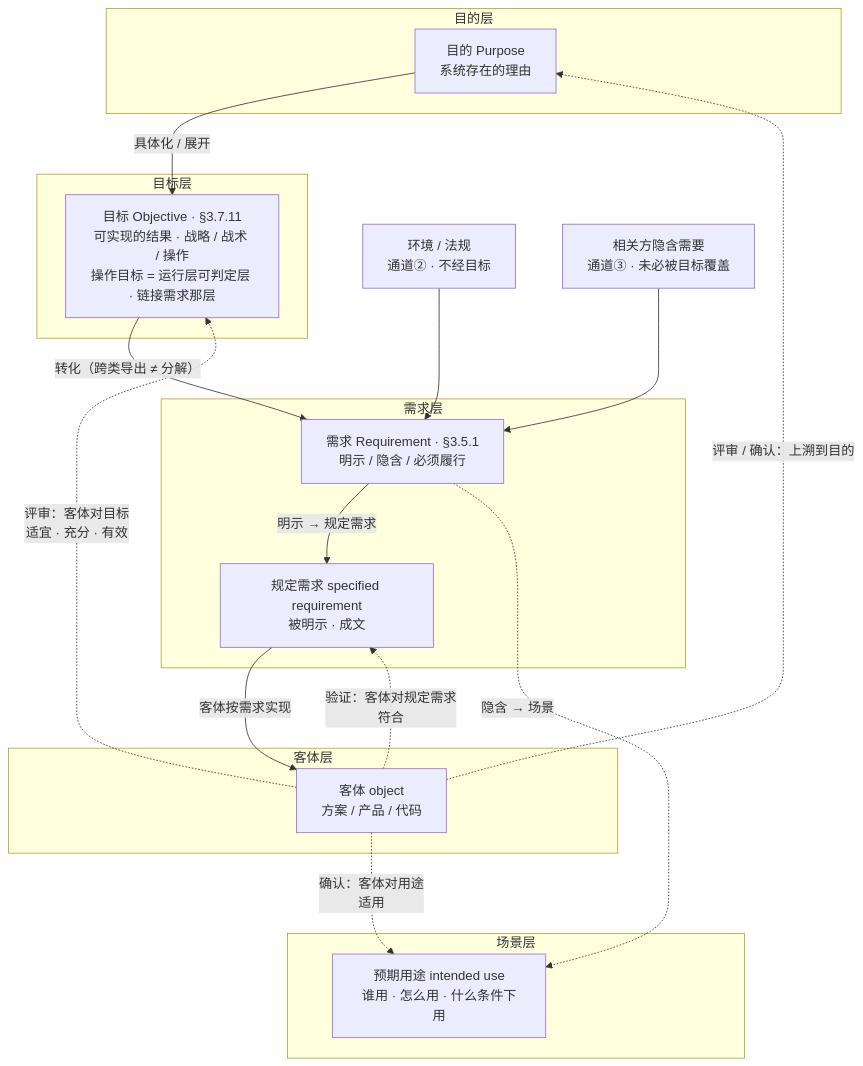
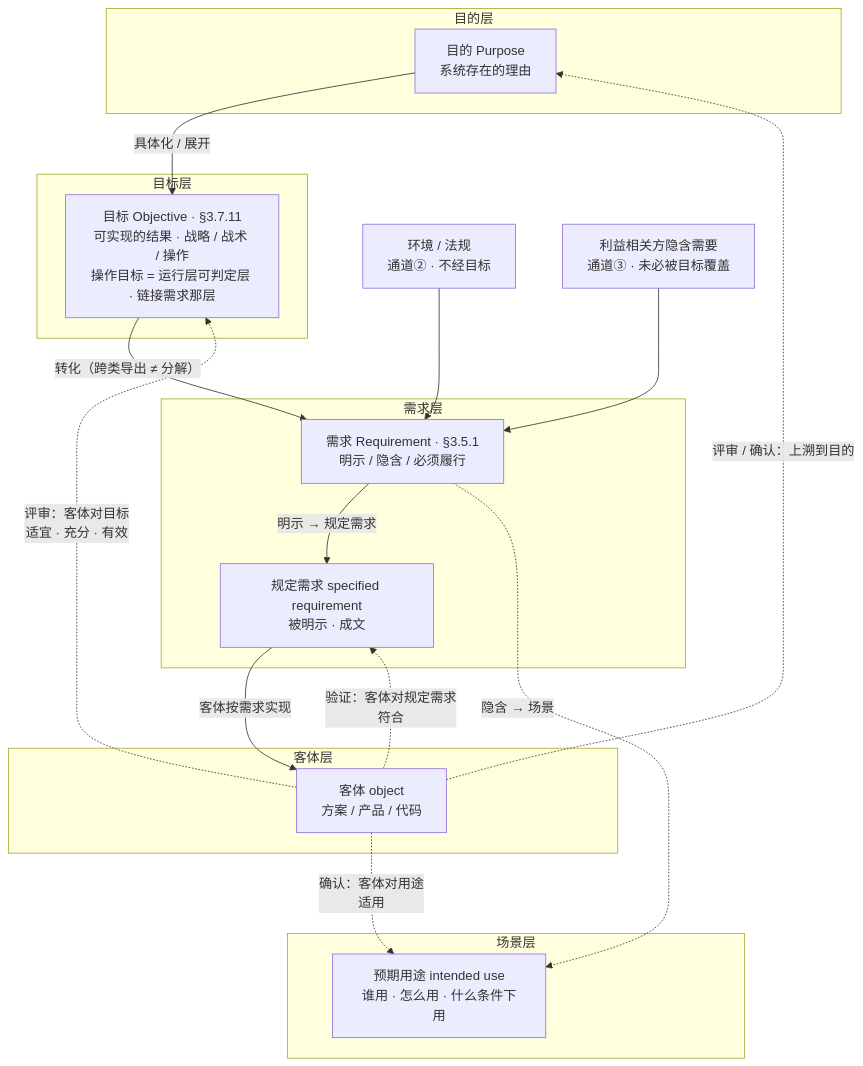
Before and after one commit to Yongjunzhou/AOS-system-design: the first of 4 diagrams in 100-subprojects/01-系统工程研究/03-架构师是个怎样的物种/08-第8章-评审验证与确认-三个看门人.md, drawn with Mermaid. The commit also changed other lines of this file and 15 other files, not shown here.

````diff
--- a/100-subprojects/01-系统工程研究/03-架构师是个怎样的物种/08-第8章-评审验证与确认-三个看门人.md
+++ b/100-subprojects/01-系统工程研究/03-架构师是个怎样的物种/08-第8章-评审验证与确认-三个看门人.md
@@ -116,32 +116,32 @@
 ```mermaid
 flowchart TB
     subgraph 目的层["目的层"]
         P["目的 Purpose<br/>系统存在的理由"]
     end
     E["环境 / 法规<br/>通道② · 不经目标"]
-    S["相关方隐含需要<br/>通道③ · 未必被目标覆盖"]
+    S["利益相关方隐含需要<br/>通道③ · 未必被目标覆盖"]
     subgraph 目标层["目标层"]
         T["目标 Objective · §3.7.11<br/>可实现的结果 · 战略 / 战术 / 操作<br/>操作目标 = 运行层可判定层 · 链接需求那层"]
     end
     subgraph 需求层["需求层"]
         R["需求 Requirement · §3.5.1<br/>明示 / 隐含 / 必须履行"]
         SR["规定需求 specified requirement<br/>被明示 · 成文"]
     end
     subgraph 客体层["客体层"]
         O["客体 object<br/>方案 / 产品 / 代码"]
     end
     subgraph 场景层["场景层"]
         U["预期用途 intended use<br/>谁用 · 怎么用 · 什么条件下用"]
     end
     P -->|"具体化 / 展开"| T
     T -->|"转化（跨类导出 ≠ 分解）"| R
     E --> R
     S --> R
     R -->|"明示 → 规定需求"| SR
     R -.->|"隐含 → 场景"| U
     SR -->|"客体按需求实现"| O
     O -.->|"评审：客体对目标<br/>适宜 · 充分 · 有效"| T
     O -.->|"验证：客体对规定需求<br/>符合"| SR
     O -.->|"确认：客体对用途<br/>适用"| U
     O -.->|"评审 / 确认：上溯到目的"| P
 ```
````
